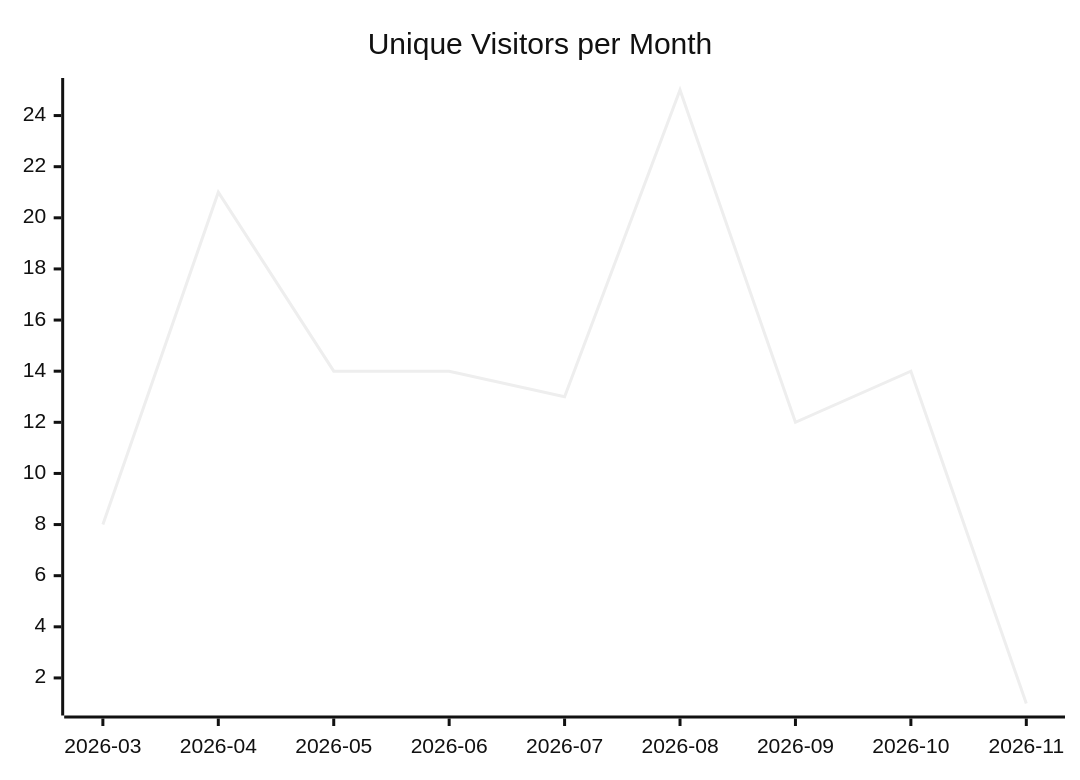
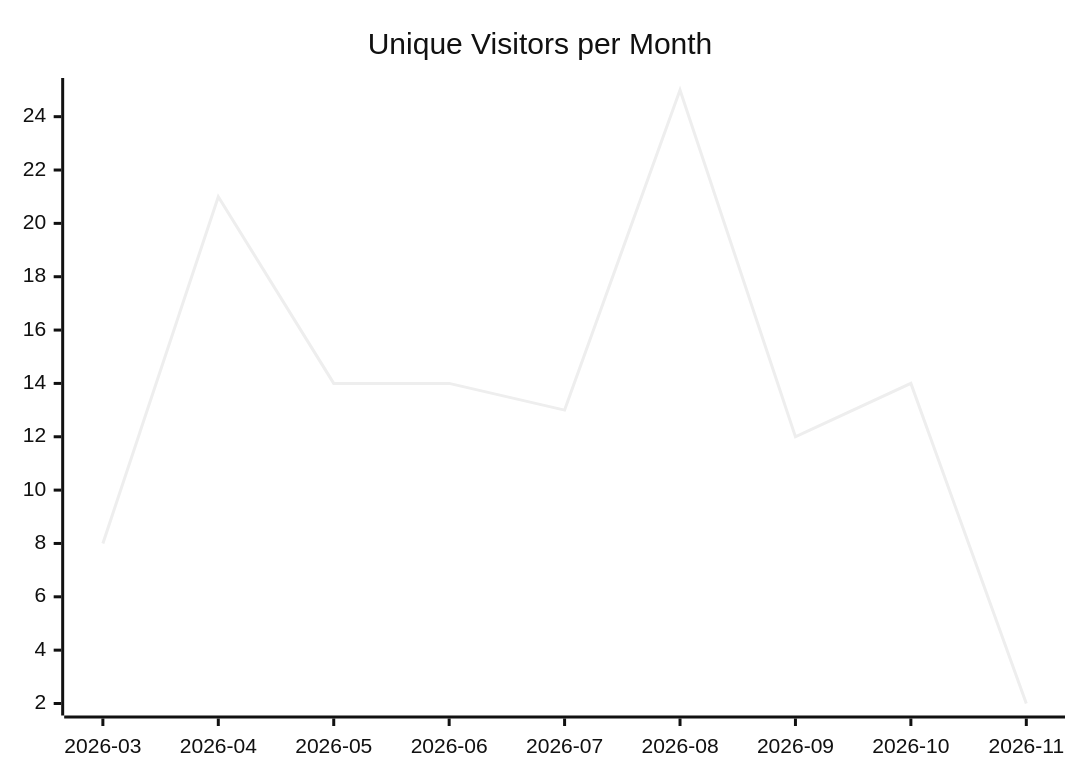
One commit to justdavis-family/github-analytics-data changed the first of 3 diagrams in karlmdavis/ksoap2-android/README.md. Above: the diagram before and after it, drawn with Mermaid (neutral theme). The commit also changed other lines of this file and 193 other files, not shown here.

````diff
--- a/karlmdavis/ksoap2-android/README.md
+++ b/karlmdavis/ksoap2-android/README.md
@@ -5,6 +5,6 @@
 ```mermaid
 xychart-beta
   title "Unique Visitors per Month"
   x-axis ["2026-03", "2026-04", "2026-05", "2026-06", "2026-07", "2026-08", "2026-09", "2026-10", "2026-11"]
-  line [8, 21, 14, 14, 13, 25, 12, 14, 1]
+  line [8, 21, 14, 14, 13, 25, 12, 14, 2]
 ```
````
